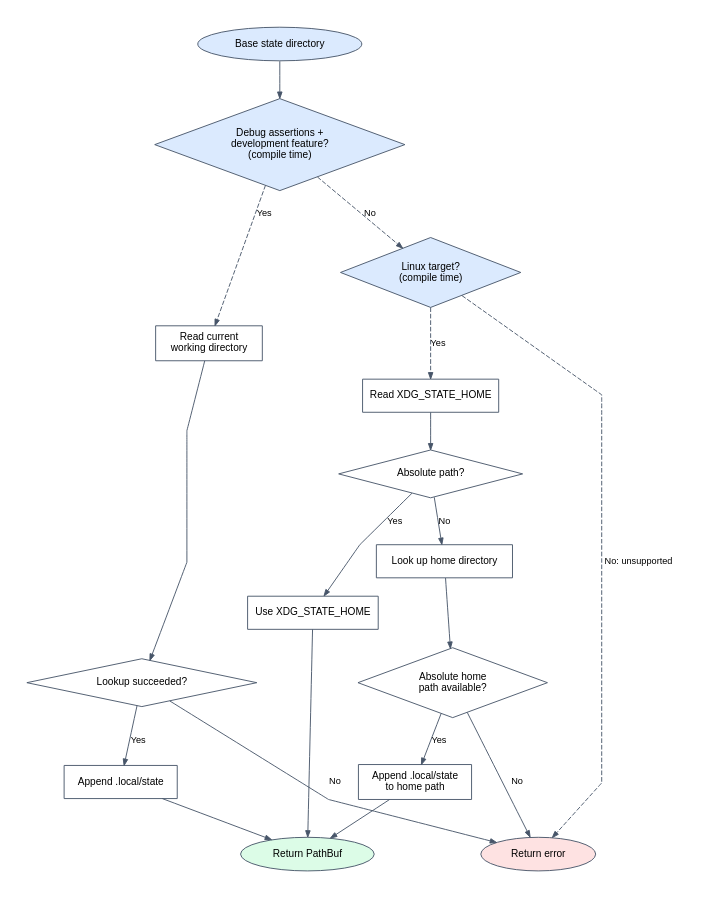
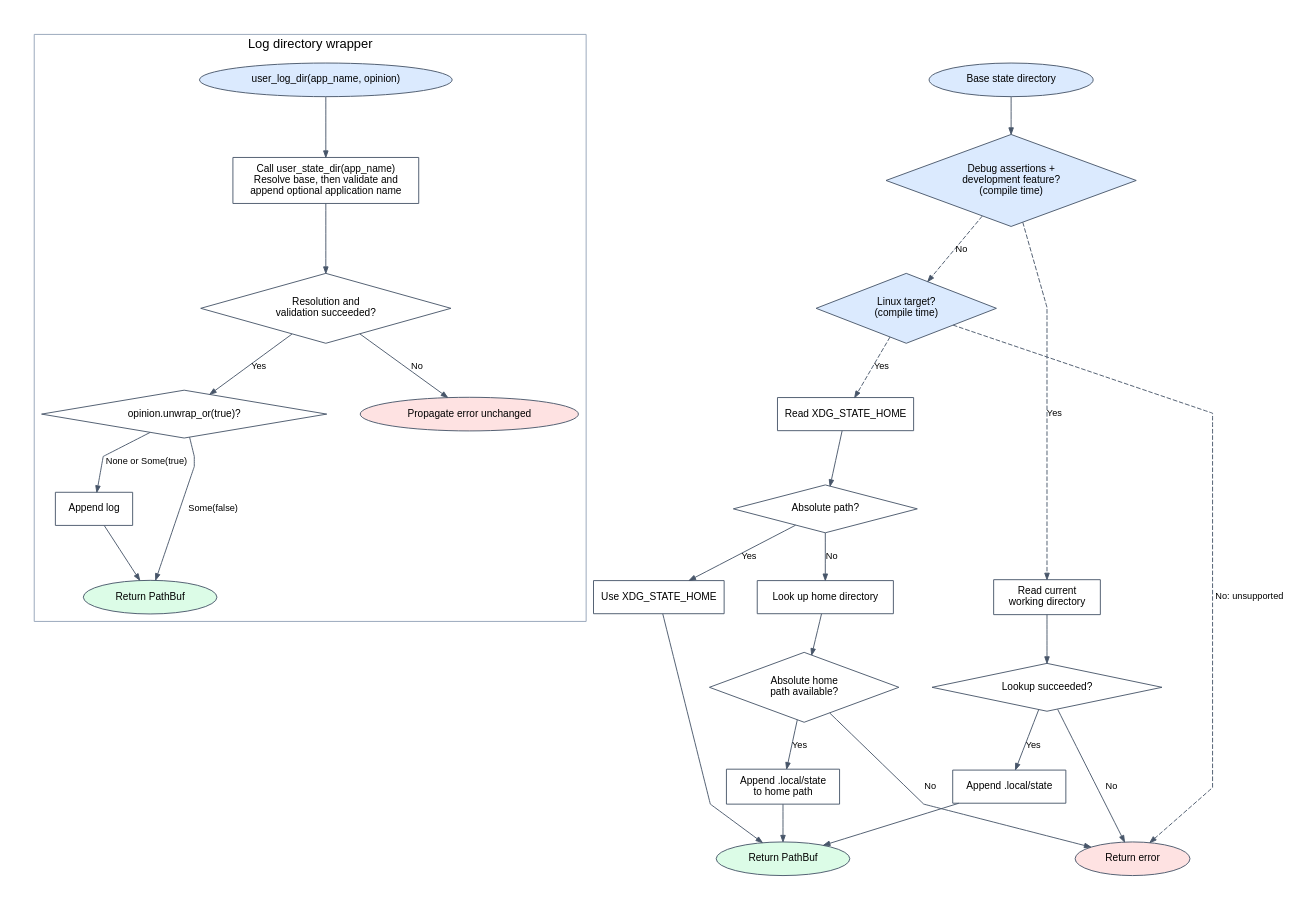
Before and after one commit to chessvaultdotapp/chessvault: the diagram in crates/platform-dirs/docs/resolution.dot, drawn with Graphviz. The commit also changed 9 other files, not shown here.

Commit message:
[platform-dirs][docs] Add user log directory resolution

```diff
--- a/crates/platform-dirs/docs/resolution.dot
+++ b/crates/platform-dirs/docs/resolution.dot
@@ -1,45 +1,67 @@
 digraph resolution {
     graph [rankdir=TB, bgcolor="white", pad="0.3", nodesep="0.5", ranksep="0.55", splines=polyline];
     node [shape=box, style=filled, fillcolor="#ffffff", color="#475569", fontname="sans-serif", fontsize=11, margin="0.16,0.10"];
     edge [color="#475569", fontname="sans-serif", fontsize=10, arrowsize=0.7];
+
+    subgraph cluster_log {
+        label="Log directory wrapper";
+        fontname="sans-serif";
+        color="#94a3b8";
+
+        log_start [shape=oval, label="user_log_dir(app_name, opinion)", fillcolor="#dbeafe"];
+        state_call [label="Call user_state_dir(app_name)\nResolve base, then validate and\nappend optional application name"];
+        state_ok [shape=diamond, label="Resolution and\nvalidation succeeded?"];
+        opinion [shape=diamond, label="opinion.unwrap_or(true)?"];
+        append_log [label="Append log"];
+        log_result [shape=oval, label="Return PathBuf", fillcolor="#dcfce7"];
+        log_error [shape=oval, label="Propagate error unchanged", fillcolor="#fee2e2"];
+
+        log_start -> state_call;
+        state_call -> state_ok;
+        state_ok -> opinion [label="Yes"];
+        state_ok -> log_error [label="No"];
+        opinion -> append_log [label="None or Some(true)"];
+        opinion -> log_result [label="Some(false)"];
+        append_log -> log_result;
+    }
 
     start [shape=oval, label="Base state directory", fillcolor="#dbeafe"];
     select [shape=diamond, label="Debug assertions +\ndevelopment feature?\n(compile time)", fillcolor="#dbeafe"];
     platform [shape=diamond, label="Linux target?\n(compile time)", fillcolor="#dbeafe"];
 
     cwd [label="Read current\nworking directory"];
     cwd_ok [shape=diamond, label="Lookup succeeded?"];
     local [label="Append .local/state"];
 
     read_xdg [label="Read XDG_STATE_HOME"];
     xdg [shape=diamond, label="Absolute path?"];
     use_xdg [label="Use XDG_STATE_HOME"];
     home [label="Look up home directory"];
     valid_home [shape=diamond, label="Absolute home\npath available?"];
     fallback [label="Append .local/state\nto home path"];
 
     error [shape=oval, label="Return error", fillcolor="#fee2e2"];
     result [shape=oval, label="Return PathBuf", fillcolor="#dcfce7"];
 
     start -> select;
     select -> cwd [label="Yes", style=dashed];
     select -> platform [label="No", style=dashed];
     platform -> read_xdg [label="Yes", style=dashed];
     platform -> error [label="No: unsupported", style=dashed];
 
     cwd -> cwd_ok;
     cwd_ok -> local [label="Yes"];
     cwd_ok -> error [label="No"];
     local -> result;
 
     read_xdg -> xdg;
     xdg -> use_xdg [label="Yes"];
     xdg -> home [label="No"];
     use_xdg -> result;
     home -> valid_home;
     valid_home -> fallback [label="Yes"];
     valid_home -> error [label="No"];
     fallback -> result;
 
     { rank=same; result; error; }
 }
```
